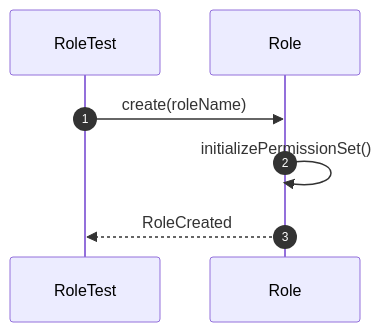
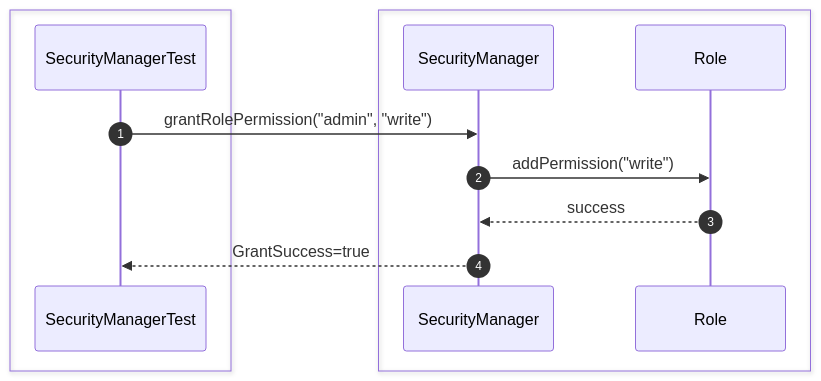
One commit to Huy1801214/dbms-architecture changed the ninth of 35 diagrams in src/sequence/security.md. Above: the diagram before and after it, drawn with Mermaid. The commit also changed other lines of this file and 10 other files, not shown here.

Commit message:
add comprehensive sequence diagrams and documentation for system architecture and unit testing specifications

````diff
--- a/src/sequence/security.md
+++ b/src/sequence/security.md
@@ -152,12 +161,17 @@
 ```mermaid
 sequenceDiagram
     autonumber
-    participant Test as RoleTest
-    participant Role
 
-    Test->>Role: create(roleName)
+    box #e1f5fe Test Suite
+    participant Test as SecurityManagerTest
+    end
+    box #e3f2fd Security Components
+    participant Security as SecurityManager
+    participant Role as Role
+    end
 
-    Role->>Role: initializePermissionSet()
-
-    Role-->>Test: RoleCreated
+    Test->>Security: grantRolePermission("admin", "write")
+    Security->>Role: addPermission("write")
+    Role-->>Security: success
+    Security-->>Test: GrantSuccess=true
 ```
````
